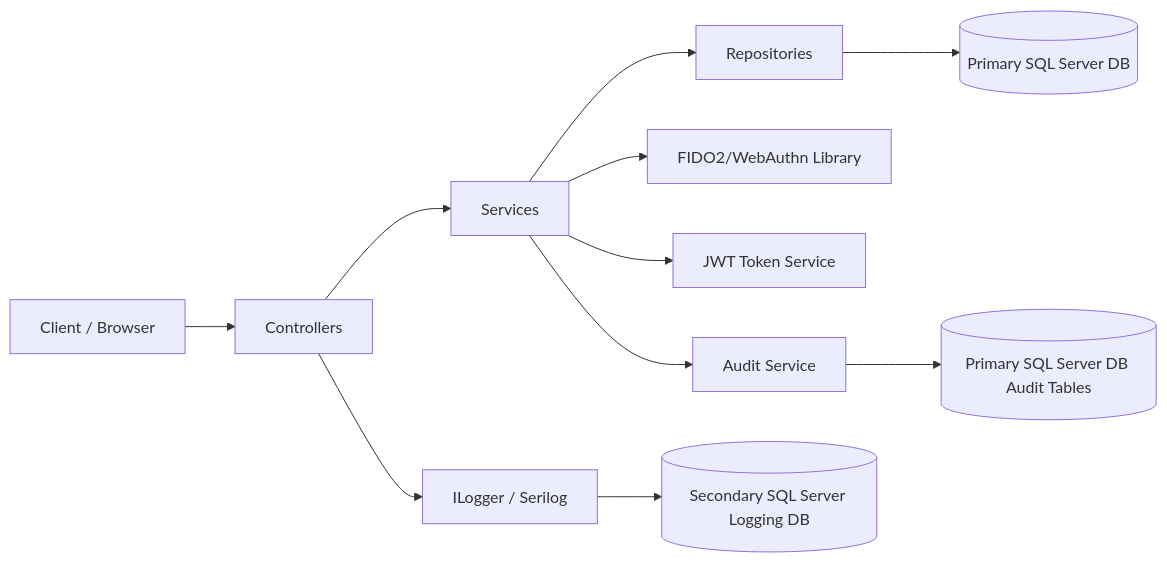
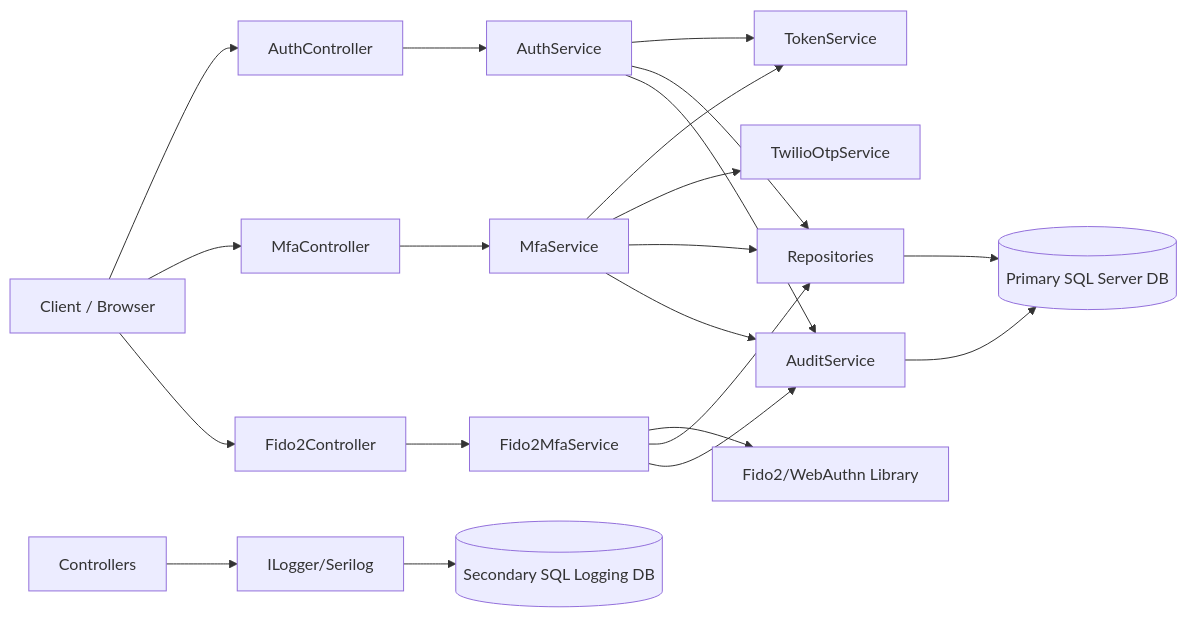
One commit to davidrosas0192-cmd/Authentication.MFA changed the diagram in Docs/ARCHITECTURE.md. Above: the diagram before and after it, drawn with Mermaid. The commit also changed other lines of this file and 6 other files, not shown here.

````diff
--- a/Docs/ARCHITECTURE.md
+++ b/Docs/ARCHITECTURE.md
@@ -9,13 +9,28 @@
 ```mermaid
 flowchart LR
-    Client[Client / Browser] --> Controller[Controllers]
-    Controller --> Service[Services]
-    Service --> Repo[Repositories]
-    Repo --> Db[(Primary SQL Server DB)]
-    Service --> Fido2[FIDO2/WebAuthn Library]
-    Service --> Token[JWT Token Service]
-    Service --> AuditSvc[Audit Service]
-    AuditSvc --> AuditDb[(Primary SQL Server DB Audit Tables)]
-    Controller --> Logger[ILogger / Serilog]
-    Logger --> LogDb[(Secondary SQL Server Logging DB)]
+    Client[Client / Browser] --> AuthController[AuthController]
+    Client --> MfaController[MfaController]
+    Client --> Fido2Controller[Fido2Controller]
+
+    AuthController --> AuthService[AuthService]
+    MfaController --> MfaService[MfaService]
+    Fido2Controller --> Fido2MfaService[Fido2MfaService]
+
+    AuthService --> TokenService[TokenService]
+    MfaService --> TokenService
+    MfaService --> TwilioService[TwilioOtpService]
+    Fido2MfaService --> Fido2Lib[Fido2/WebAuthn Library]
+
+    AuthService --> Repos[Repositories]
+    MfaService --> Repos
+    Fido2MfaService --> Repos
+    Repos --> PrimaryDb[(Primary SQL Server DB)]
+
+    AuthService --> AuditSvc[AuditService]
+    MfaService --> AuditSvc
+    Fido2MfaService --> AuditSvc
+    AuditSvc --> PrimaryDb
+
+    Controllers[Controllers] --> Serilog[ILogger/Serilog]
+    Serilog --> LogDb[(Secondary SQL Logging DB)]
 ```
````
